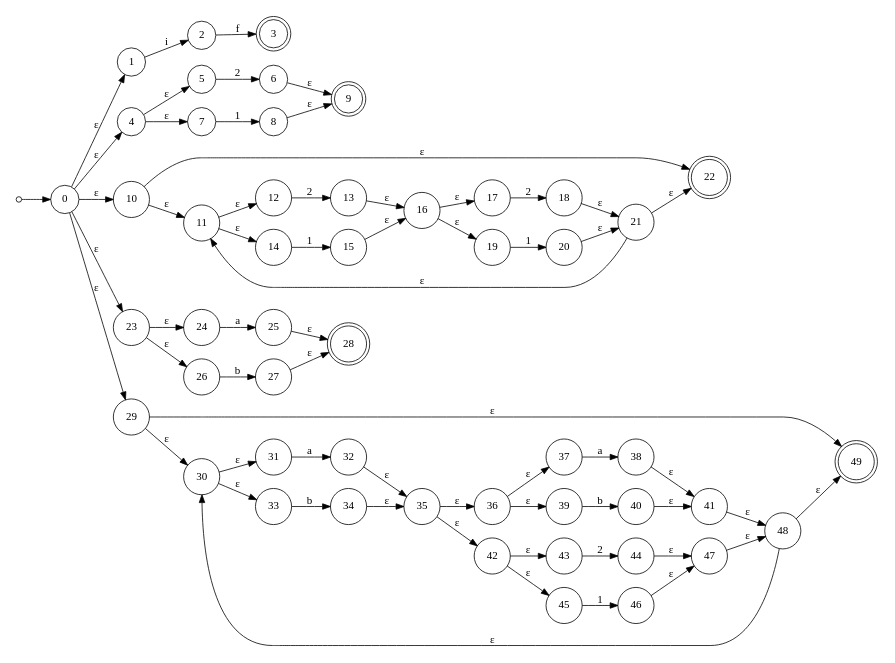
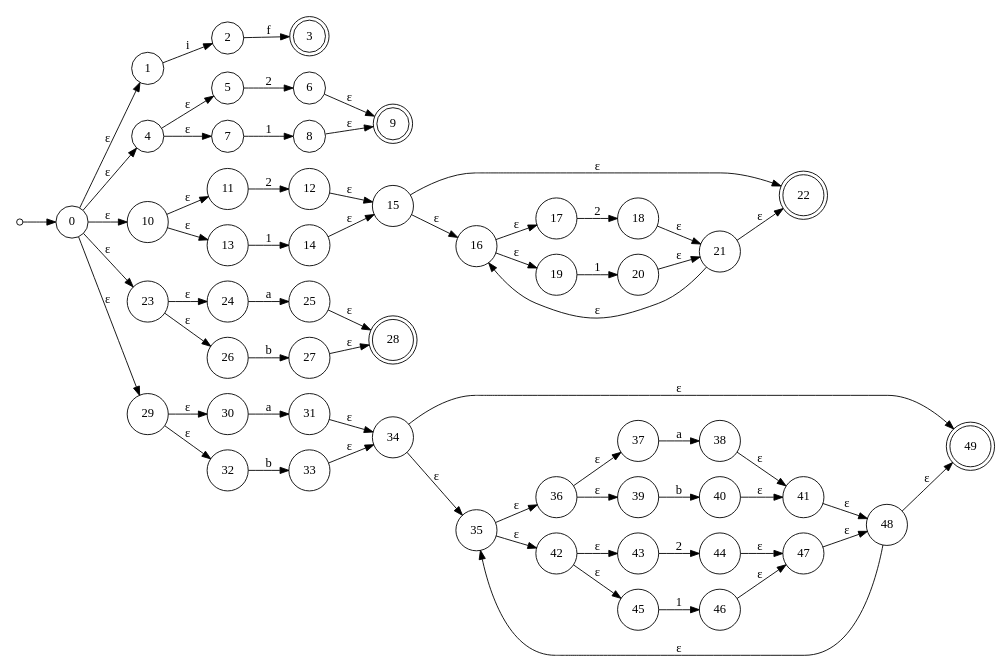
Before and after one commit to EstebanAG1005/LaboratorioC-Lenguajes: the diagram in mega_automaton.gv, drawn with Graphviz. The commit also changed 7 other files, not shown here.

```diff
--- a/mega_automaton.gv
+++ b/mega_automaton.gv
@@ -1,73 +1,73 @@
 digraph {
 	rankdir=LR size="8,5"
 	node [shape=doublecircle]
 	3
 	9
 	49
 	22
 	28
 	node [shape=circle]
 	start [label="" height=0.1 width=0.1]
 	start -> 0 [label=""]
 	1 -> 2 [label=i]
 	2 -> 3 [label=f]
 	0 -> 1 [label="ε"]
 	4 -> 5 [label="ε"]
 	4 -> 7 [label="ε"]
 	5 -> 6 [label=2]
 	7 -> 8 [label=1]
 	6 -> 9 [label="ε"]
 	8 -> 9 [label="ε"]
 	0 -> 4 [label="ε"]
 	10 -> 11 [label="ε"]
-	10 -> 22 [label="ε"]
-	11 -> 12 [label="ε"]
-	11 -> 14 [label="ε"]
-	12 -> 13 [label=2]
-	14 -> 15 [label=1]
-	13 -> 16 [label="ε"]
+	10 -> 13 [label="ε"]
+	11 -> 12 [label=2]
+	13 -> 14 [label=1]
+	12 -> 15 [label="ε"]
+	14 -> 15 [label="ε"]
 	15 -> 16 [label="ε"]
+	15 -> 22 [label="ε"]
 	16 -> 17 [label="ε"]
 	16 -> 19 [label="ε"]
 	17 -> 18 [label=2]
 	19 -> 20 [label=1]
 	18 -> 21 [label="ε"]
 	20 -> 21 [label="ε"]
-	21 -> 11 [label="ε"]
+	21 -> 16 [label="ε"]
 	21 -> 22 [label="ε"]
 	0 -> 10 [label="ε"]
 	23 -> 24 [label="ε"]
 	23 -> 26 [label="ε"]
 	24 -> 25 [label=a]
 	26 -> 27 [label=b]
 	25 -> 28 [label="ε"]
 	27 -> 28 [label="ε"]
 	0 -> 23 [label="ε"]
 	29 -> 30 [label="ε"]
-	29 -> 49 [label="ε"]
-	30 -> 31 [label="ε"]
-	30 -> 33 [label="ε"]
-	31 -> 32 [label=a]
-	33 -> 34 [label=b]
-	32 -> 35 [label="ε"]
+	29 -> 32 [label="ε"]
+	30 -> 31 [label=a]
+	32 -> 33 [label=b]
+	31 -> 34 [label="ε"]
+	33 -> 34 [label="ε"]
 	34 -> 35 [label="ε"]
+	34 -> 49 [label="ε"]
 	35 -> 36 [label="ε"]
 	35 -> 42 [label="ε"]
 	36 -> 37 [label="ε"]
 	36 -> 39 [label="ε"]
 	37 -> 38 [label=a]
 	39 -> 40 [label=b]
 	38 -> 41 [label="ε"]
 	40 -> 41 [label="ε"]
 	42 -> 43 [label="ε"]
 	42 -> 45 [label="ε"]
 	43 -> 44 [label=2]
 	45 -> 46 [label=1]
 	44 -> 47 [label="ε"]
 	46 -> 47 [label="ε"]
 	41 -> 48 [label="ε"]
 	47 -> 48 [label="ε"]
-	48 -> 30 [label="ε"]
+	48 -> 35 [label="ε"]
 	48 -> 49 [label="ε"]
 	0 -> 29 [label="ε"]
 }
```
